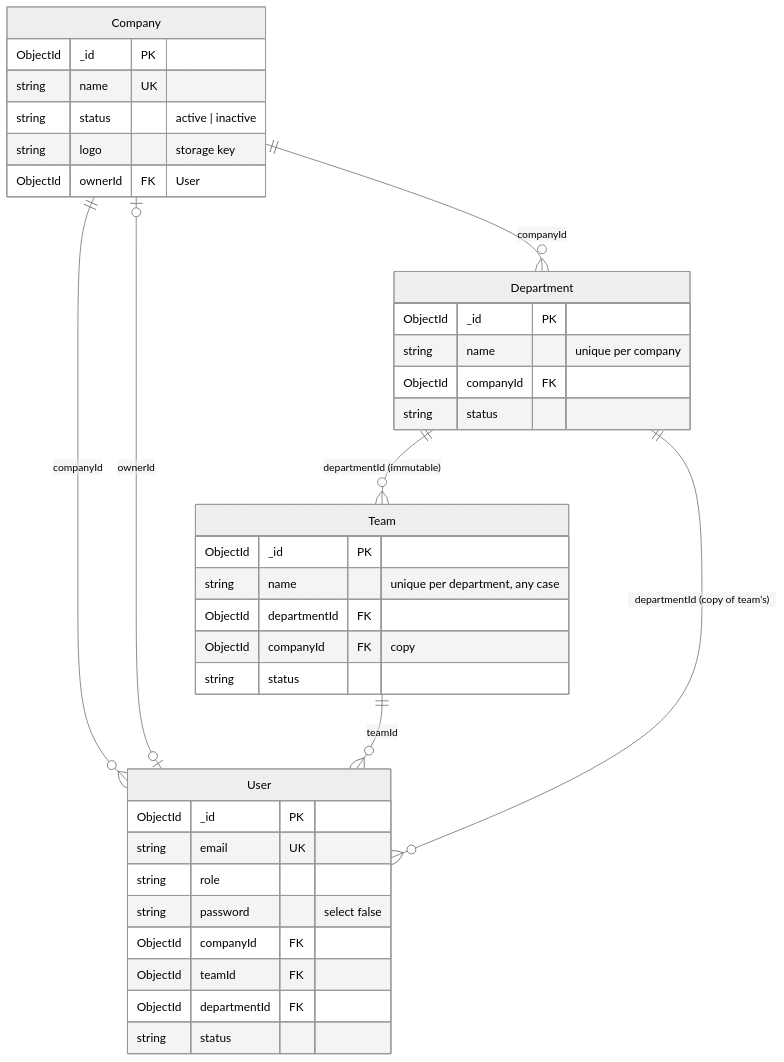
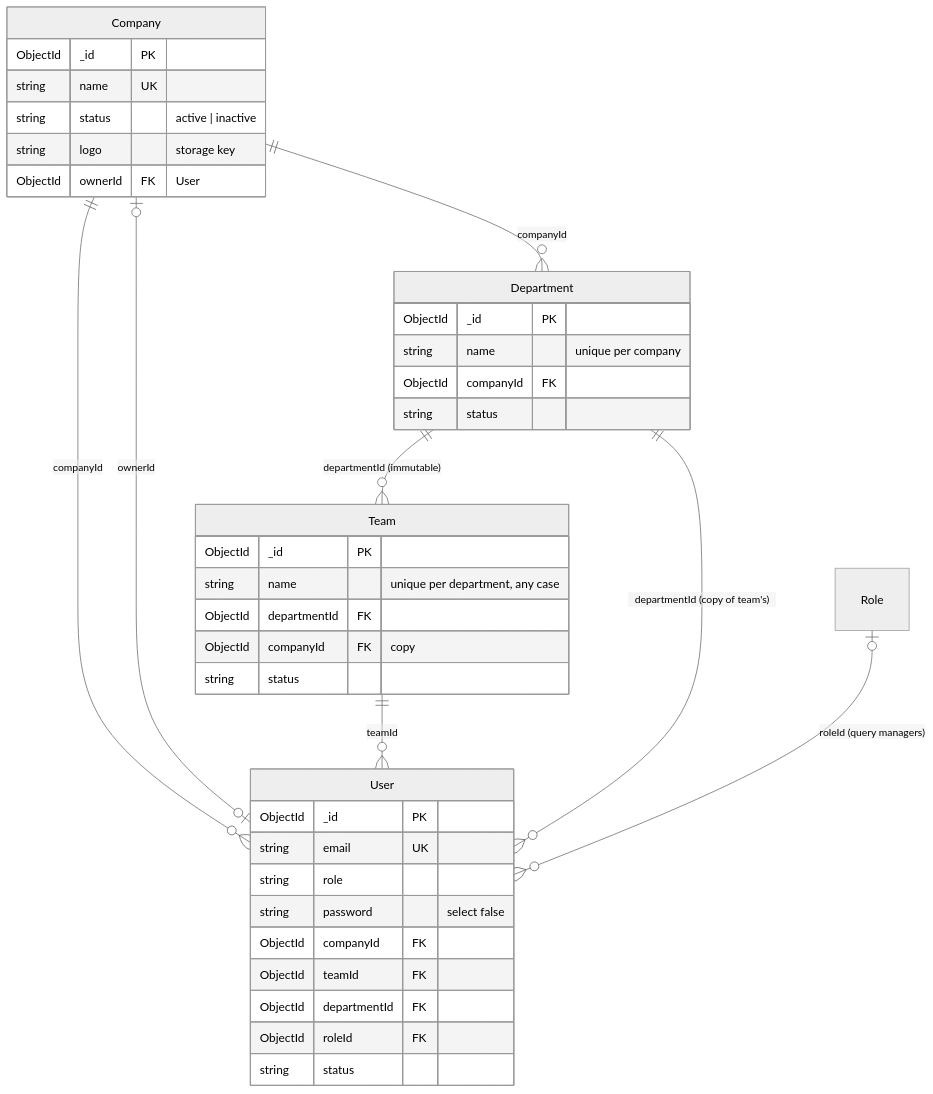
Before and after one commit to mdsalahuddin2001/fullstackshikhi: the first of 3 diagrams in content/docs/listenyzen/tenancy.mdx, drawn with Mermaid (neutral theme). The commit also changed other lines of this file and 10 other files, not shown here.

````diff
--- a/content/docs/listenyzen/tenancy.mdx
+++ b/content/docs/listenyzen/tenancy.mdx
@@ -241,39 +274,41 @@
 ```mermaid
 erDiagram
     Company ||--o{ User : "companyId"
     Company |o--o| User : "ownerId"
     Company ||--o{ Department : "companyId"
     Department ||--o{ Team : "departmentId (immutable)"
     Team ||--o{ User : "teamId"
     Department ||--o{ User : "departmentId (copy of team's)"
+    Role |o--o{ User : "roleId (query managers)"
     Company {
         ObjectId _id PK
         string name UK
         string status "active | inactive"
         string logo "storage key"
         ObjectId ownerId FK "User"
     }
     User {
         ObjectId _id PK
         string email UK
         string role
         string password "select false"
         ObjectId companyId FK
         ObjectId teamId FK
         ObjectId departmentId FK
+        ObjectId roleId FK
         string status
     }
     Department {
         ObjectId _id PK
         string name "unique per company"
         ObjectId companyId FK
         string status
     }
     Team {
         ObjectId _id PK
         string name "unique per department, any case"
         ObjectId departmentId FK
         ObjectId companyId FK "copy"
         string status
     }
 ```
````
